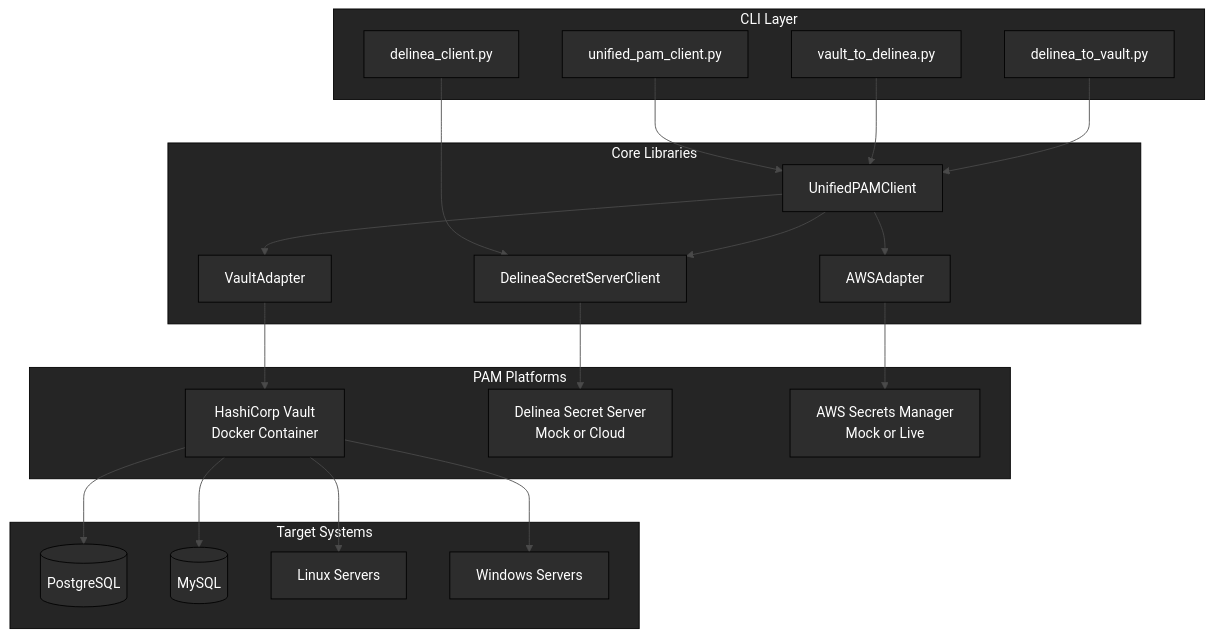
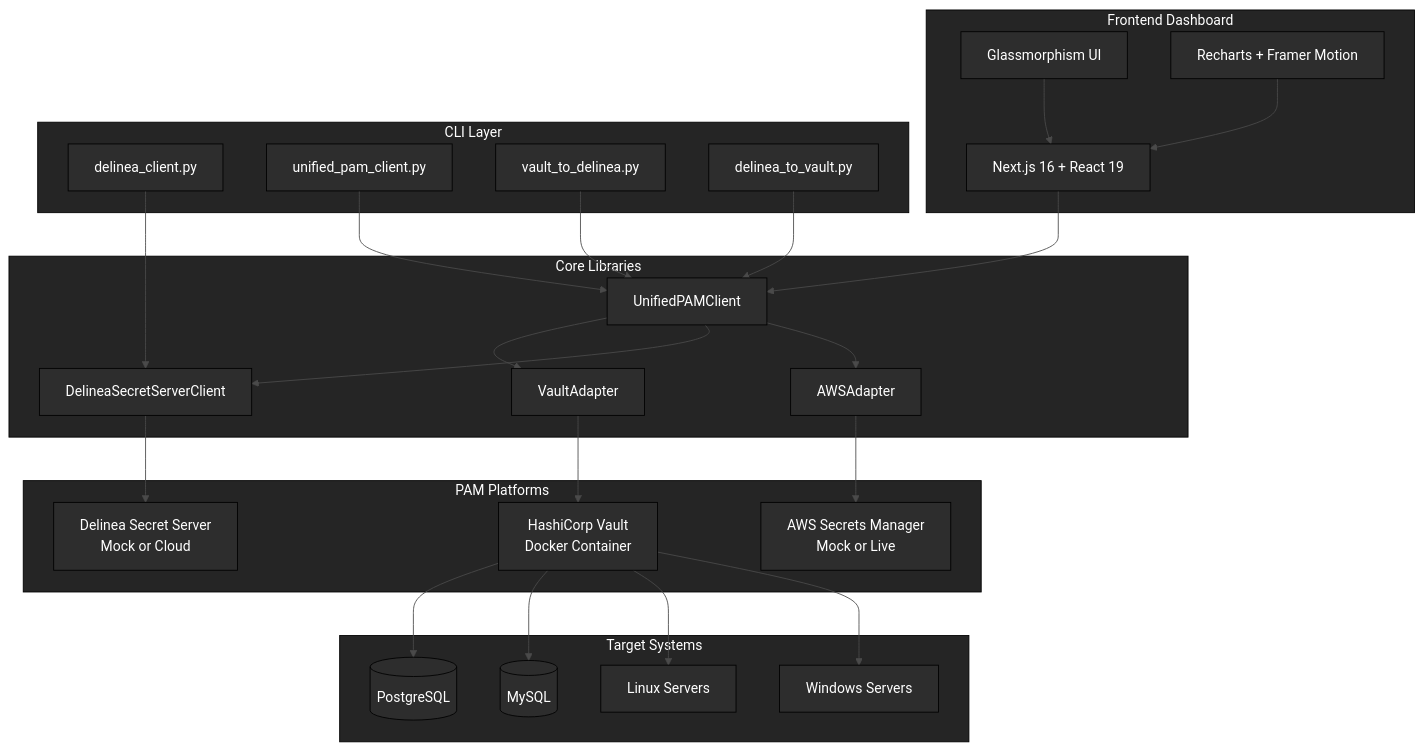
One commit to MikeDominic92/Pam-MultiVendor-Lab changed the sixth of 7 diagrams in README.md. Above: the diagram before and after it, drawn with Mermaid. The commit also changed other lines of this file and 22 other files, not shown here.

````diff
--- a/README.md
+++ b/README.md
@@ -413,45 +480,54 @@
 ```mermaid
 %%{init: {'theme': 'base', 'themeVariables': { 'primaryColor': '#2d2d2d', 'primaryTextColor': '#ffffff', 'primaryBorderColor': '#000000', 'lineColor': '#4a4a4a', 'secondaryColor': '#3a3a3a', 'tertiaryColor': '#1a1a1a', 'background': '#1a1a1a', 'mainBkg': '#2d2d2d', 'nodeBorder': '#000000', 'clusterBkg': '#252525', 'clusterBorder': '#000000', 'titleColor': '#ffffff', 'edgeLabelBackground': '#2d2d2d'}}}%%
 flowchart TD
+    subgraph Frontend["Frontend Dashboard"]
+        UI[Next.js 16 + React 19]
+        Design[Glassmorphism UI]
+        Charts[Recharts + Framer Motion]
+    end
+
     subgraph CLI["CLI Layer"]
         A[delinea_client.py]
         B[unified_pam_client.py]
         C[vault_to_delinea.py]
         D[delinea_to_vault.py]
     end
 
     subgraph Core["Core Libraries"]
         E[DelineaSecretServerClient]
         F[UnifiedPAMClient]
         G[VaultAdapter]
         H[AWSAdapter]
     end
 
     subgraph Platforms["PAM Platforms"]
         I[HashiCorp Vault<br/>Docker Container]
         J[Delinea Secret Server<br/>Mock or Cloud]
         K[AWS Secrets Manager<br/>Mock or Live]
     end
 
     subgraph Data["Target Systems"]
         L[(PostgreSQL)]
         M[(MySQL)]
         N[Linux Servers]
         O[Windows Servers]
     end
 
+    UI --> F
+    Design --> UI
+    Charts --> UI
     A --> E
     B --> F
     C --> F
     D --> F
     F --> G
     F --> E
     F --> H
     G --> I
     E --> J
     H --> K
     I --> L
     I --> M
     I --> N
     I --> O
 ```
````
